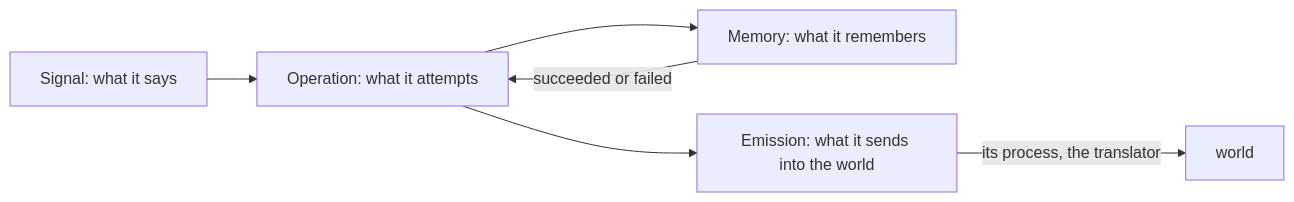
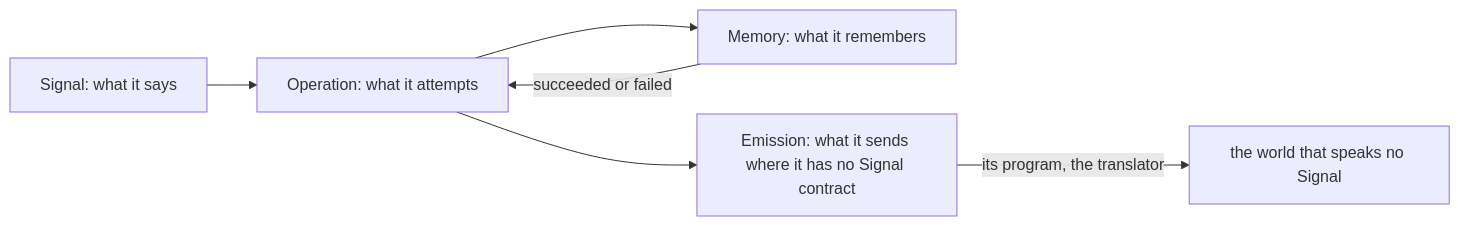
Before and after one commit to LiGoldragon/psyche-belief: the first of 13 diagrams in vision/nexus/1.md, drawn with Mermaid. The commit also changed other lines of this file and 3 other files, not shown here.

First line of the commit message:
vision/nexus/1, vision/nexus/0, vision/ethos/0, vision/code/0: the translator talks for its Nexus to the world that speaks no Signal; emission, connection, CLI, trace (Translator.2, approved by the living)

````diff
--- a/vision/nexus/1.md
+++ b/vision/nexus/1.md
@@ -10,8 +10,8 @@
 ```mermaid
 flowchart LR
     s["Signal: what it says"] --> o["Operation: what it attempts"]
     o --> m["Memory: what it remembers"]
     m -- "succeeded or failed" --> o
-    o --> e["Emission: what it sends into the world"]
-    e -- "its process, the translator" --> w["world"]
+    o --> e["Emission: what it sends where it has no Signal contract"]
+    e -- "its program, the translator" --> w["the world that speaks no Signal"]
 ```
````
